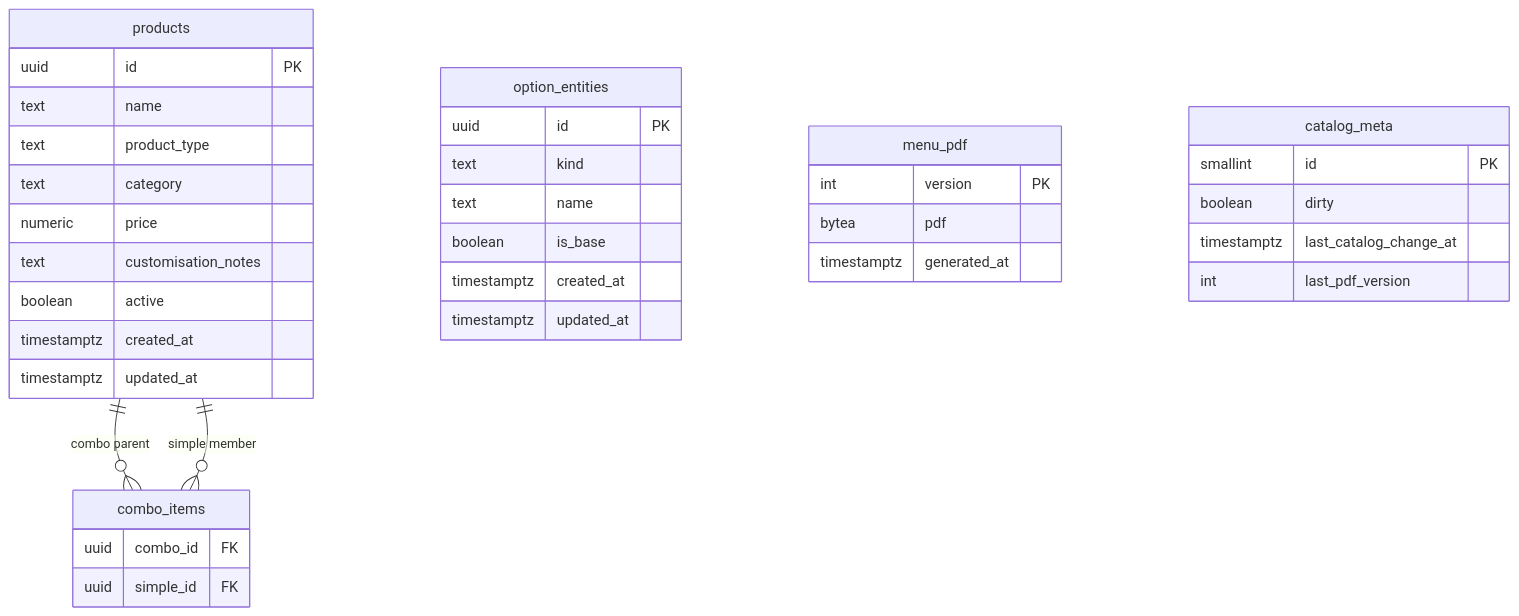
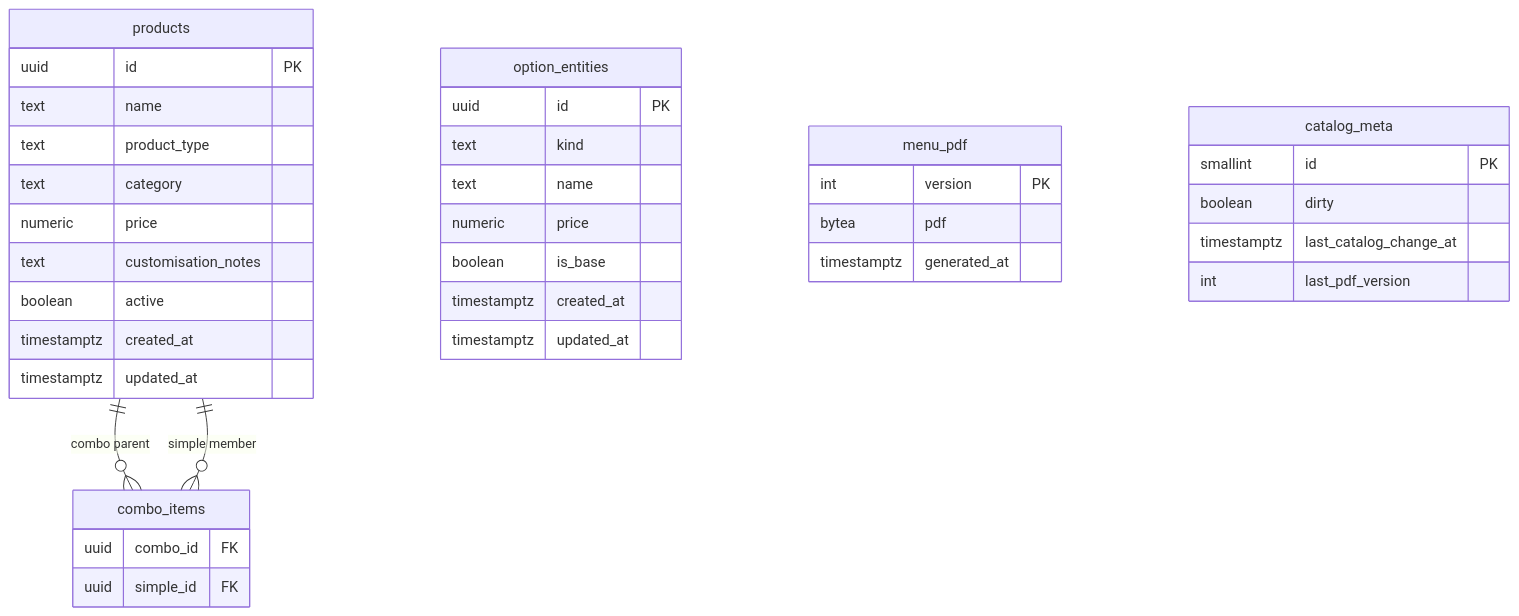
One commit to PereRohit/create-your-pizza changed the second of 9 diagrams in docs/design.md. Above: the diagram before and after it, drawn with Mermaid. The commit also changed other lines of this file and 4 other files, not shown here.

````diff
--- a/docs/design.md
+++ b/docs/design.md
@@ -139,39 +139,40 @@
 ```mermaid
 erDiagram
   products ||--o{ combo_items : "combo parent"
   products ||--o{ combo_items : "simple member"
   products {
     uuid id PK
     text name
     text product_type
     text category
     numeric price
     text customisation_notes
     boolean active
     timestamptz created_at
     timestamptz updated_at
   }
   combo_items {
     uuid combo_id FK
     uuid simple_id FK
   }
   option_entities {
     uuid id PK
     text kind
     text name
+    numeric price
     boolean is_base
     timestamptz created_at
     timestamptz updated_at
   }
   menu_pdf {
     int version PK
     bytea pdf
     timestamptz generated_at
   }
   catalog_meta {
     smallint id PK
     boolean dirty
     timestamptz last_catalog_change_at
     int last_pdf_version
   }
 ```
````
